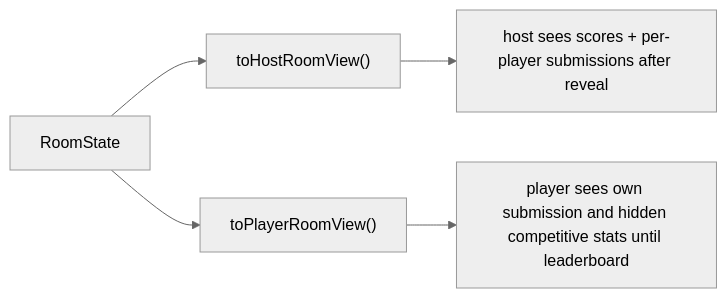
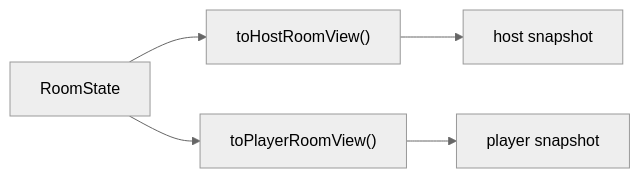
Diagram 11 of 12 in docs/project-architecture.md (atamuratov07/maptap-game), drawn with Mermaid (neutral theme) before and after one commit. The commit also changed other lines of this file and 2 other files, not shown here.

````diff
--- a/docs/project-architecture.md
+++ b/docs/project-architecture.md
@@ -469,8 +439,8 @@
 ```mermaid
 graph LR
     State["RoomState"] --> HostView["toHostRoomView()"]
     State --> PlayerView["toPlayerRoomView()"]
 
-    HostView --> HostClient["host sees scores + per-player submissions after reveal"]
-    PlayerView --> PlayerClient["player sees own submission and hidden competitive stats until leaderboard"]
+    HostView --> HostClient["host snapshot"]
+    PlayerView --> PlayerClient["player snapshot"]
 ```
````
